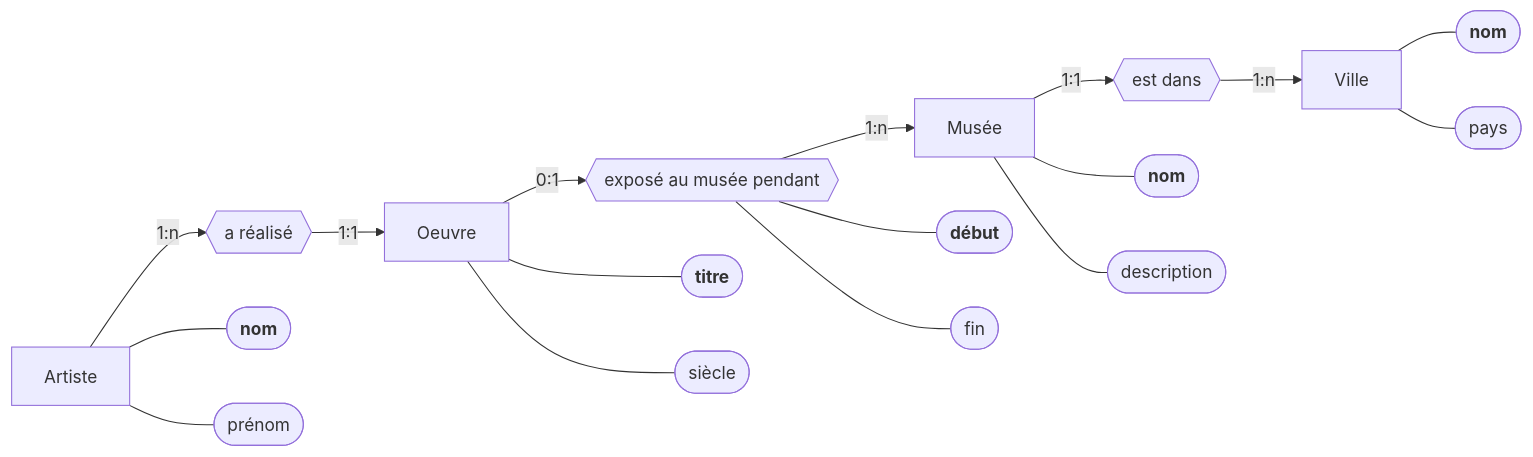
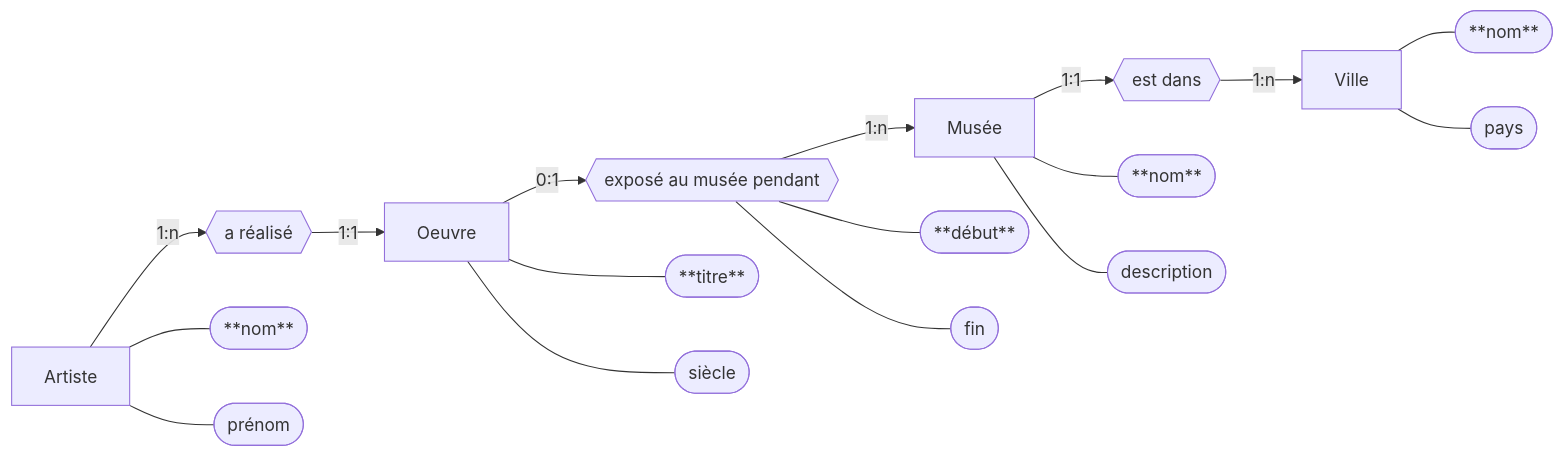
The diagram in base_de_donnee/chapitre_1/exercice_6.md (Atellane/NSI_2023_2024), drawn with Mermaid before and after one commit. The commit also changed other lines of this file and 1 other file, not shown here.

Commit message:
correction petites erreures de syntaxe

````diff
--- a/base_de_donnee/chapitre_1/exercice_6.md
+++ b/base_de_donnee/chapitre_1/exercice_6.md
@@ -14,36 +15,36 @@
 ```mermaid
 flowchart LR
 EntityClassCity["Ville"]
 EntityClassMuseum["Musée"]
 EntityClassArtwork["Oeuvre"]
 EntityClassArtist["Artiste"]
 AssociationClassIsIn{{"est dans"}}
 AssociationClassExhibitedAtTheMuseumDuring{{"exposé au musée pendant"}}
 AssociationClassHasMade{{"a réalisé"}}
-CityAttribute1(["`**nom**`"])
+CityAttribute1(["**nom**"])
 CityAttribute2(["pays"])
-MuseumAttribute1(["`**nom**`"])
+MuseumAttribute1(["**nom**"])
 MuseumAttribute2(["description"])
-ArtworkAttribute1(["`**titre**`"])
+ArtworkAttribute1(["**titre**"])
 ArtworkAttribute2(["siècle"])
-ArtistAttribute1(["`**nom**`"])
+ArtistAttribute1(["**nom**"])
 ArtistAttribute2(["prénom"])
-ExhibitedAtTheMuseumDuringAttribute1(["`**début**`"])
+ExhibitedAtTheMuseumDuringAttribute1(["**début**"])
 ExhibitedAtTheMuseumDuringAttribute2(["fin"])
 EntityClassCity --- CityAttribute1
 EntityClassCity --- CityAttribute2
 EntityClassMuseum --- MuseumAttribute1
 EntityClassMuseum --- MuseumAttribute2
 EntityClassArtwork --- ArtworkAttribute1
 EntityClassArtwork --- ArtworkAttribute2
 EntityClassArtist --- ArtistAttribute1
 EntityClassArtist --- ArtistAttribute2
 AssociationClassExhibitedAtTheMuseumDuring --- ExhibitedAtTheMuseumDuringAttribute1
 AssociationClassExhibitedAtTheMuseumDuring --- ExhibitedAtTheMuseumDuringAttribute2
 EntityClassArtist -- 1:n --> AssociationClassHasMade
 AssociationClassHasMade -- 1:1 --> EntityClassArtwork
 EntityClassArtwork -- 0:1 --> AssociationClassExhibitedAtTheMuseumDuring
 AssociationClassExhibitedAtTheMuseumDuring -- 1:n --> EntityClassMuseum
 EntityClassMuseum -- 1:1 --> AssociationClassIsIn
 AssociationClassIsIn -- 1:n --> EntityClassCity
 ```
````
